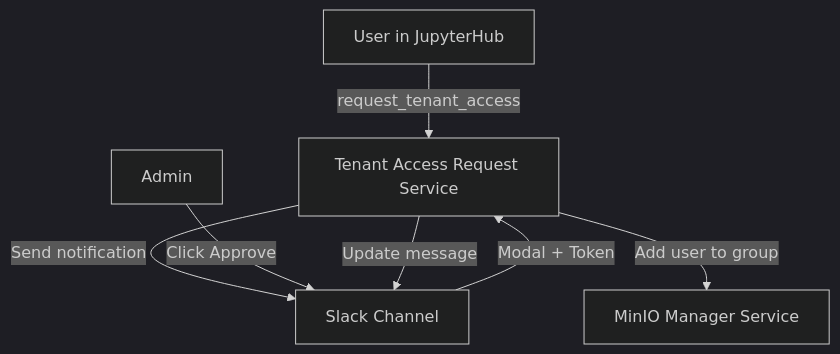
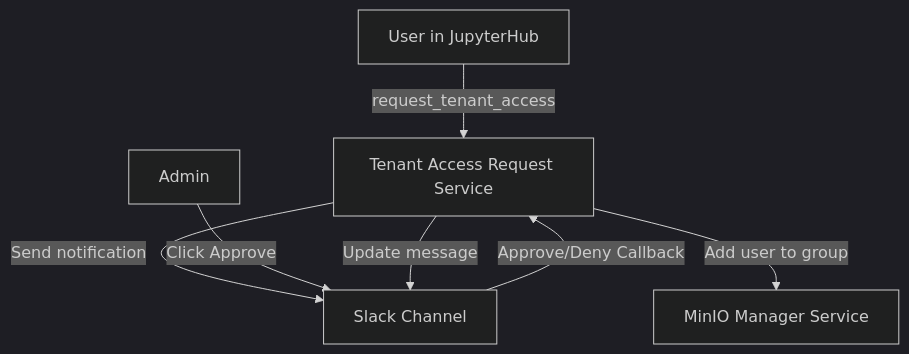
One commit to BERDataLakehouse/berdl_docs changed the diagram in services/tenant-access-request-service.md. Above: the diagram before and after it, drawn with Mermaid (dark theme). The commit also changed other lines of this file and 17 other files, not shown here.

````diff
--- a/services/tenant-access-request-service.md
+++ b/services/tenant-access-request-service.md
@@ -24,9 +24,9 @@
 ```mermaid
 graph TD
     User[User in JupyterHub] -->|request_tenant_access| TAS[Tenant Access Request Service]
     TAS -->|Send notification| Slack[Slack Channel]
     Admin[Admin] -->|Click Approve| Slack
-    Slack -->|Modal + Token| TAS
+    Slack -->|Approve/Deny Callback| TAS
     TAS -->|Add user to group| MMS[MinIO Manager Service]
     TAS -->|Update message| Slack
 ```
````
